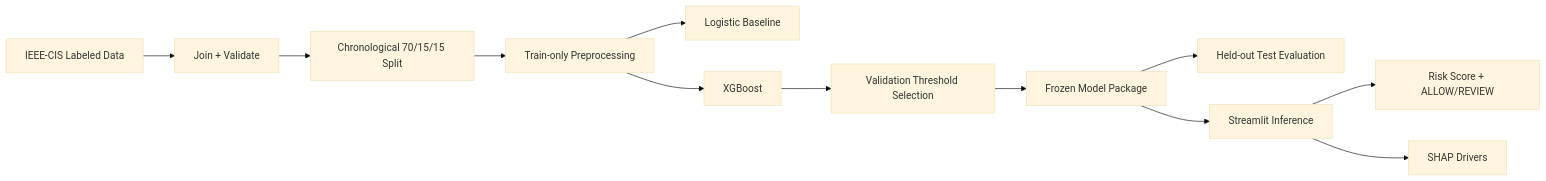
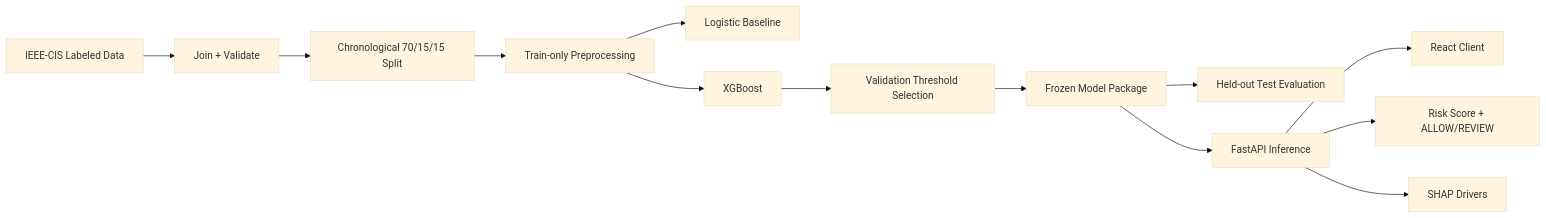
Before and after one commit to arpit-negi99/FraudGuardAI: the diagram in documentation/README.md, drawn with Mermaid (base theme). The commit also changed other lines of this file and 67 other files, not shown here.

Commit message:
Integrate payment incident detection into React and FastAPI

````diff
--- a/documentation/README.md
+++ b/documentation/README.md
@@ -66,14 +68,15 @@
 ```mermaid
 flowchart LR
     A[IEEE-CIS Labeled Data] --> B[Join + Validate]
     B --> C[Chronological 70/15/15 Split]
     C --> D[Train-only Preprocessing]
     D --> E[Logistic Baseline]
     D --> F[XGBoost]
     F --> G[Validation Threshold Selection]
     G --> H[Frozen Model Package]
     H --> I[Held-out Test Evaluation]
-    H --> J[Streamlit Inference]
-    J --> K[Risk Score + ALLOW/REVIEW]
-    J --> L[SHAP Drivers]
+    H --> J[FastAPI Inference]
+    J --> K[React Client]
+    J --> L[Risk Score + ALLOW/REVIEW]
+    J --> M[SHAP Drivers]
 ```
````
